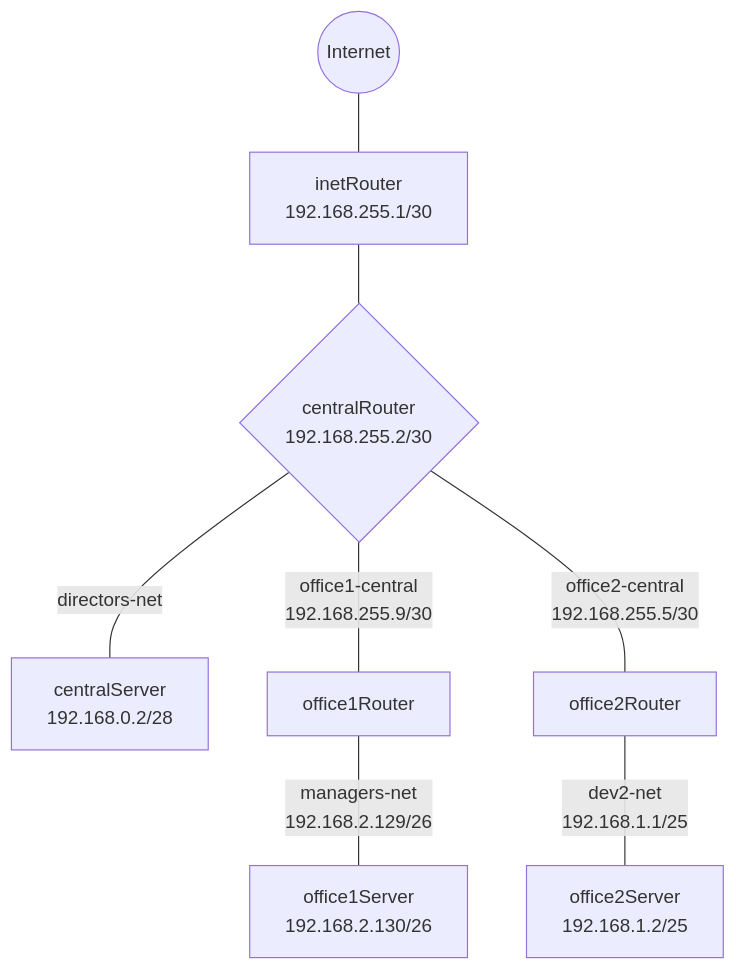
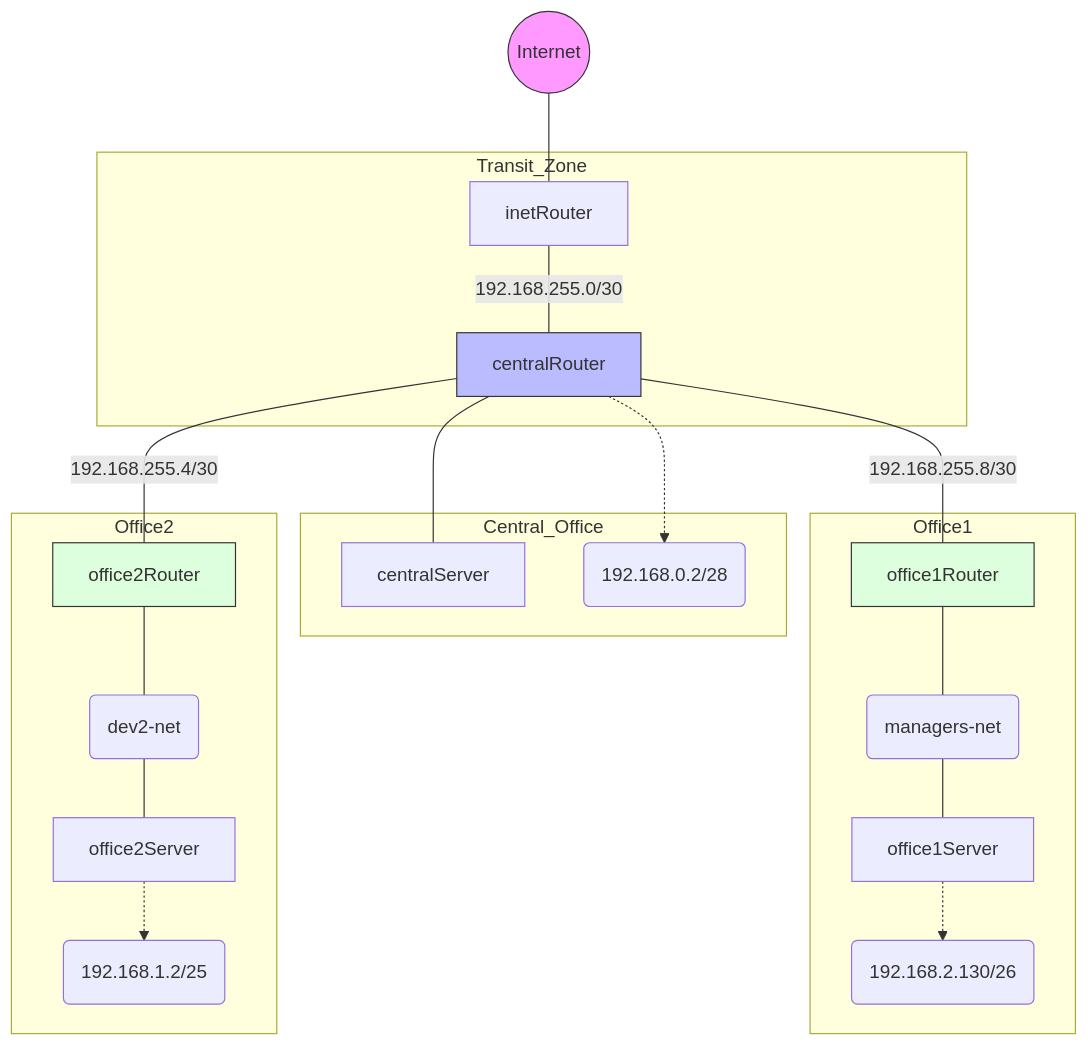
One commit to mrAlexbody/otus_linux-pro-2025-08 changed the second of 2 diagrams in 19_Network/README.md. Above: the diagram before and after it, drawn with Mermaid. The commit also changed other lines of this file, not shown here.

````diff
--- a/19_Network/README.md
+++ b/19_Network/README.md
@@ -77,20 +101,35 @@
 ```mermaid
 graph TD
-    Internet((Internet)) --- inetRouter
+    Internet((Internet)) --- inetRouter[inetRouter]
+    
+    subgraph Transit_Zone
+        inetRouter -- "192.168.255.0/30" --- centralRouter[centralRouter]
+    end
 
-    inetRouter[inetRouter <br/> 192.168.255.1/30]
-    inetRouter --- centralRouter
+    subgraph Central_Office
+        centralRouter --- centralServer[centralServer]
+        centralRouter -.-> C_Info("192.168.0.2/28")
+    end
 
-    centralRouter{centralRouter <br/> 192.168.255.2/30}
-    
-    %% Подключение центрального сервера
-    centralRouter --- |directors-net| centralServer[centralServer <br/> 192.168.0.2/28]
+    centralRouter -- "192.168.255.8/30" --- office1Router[office1Router]
+    centralRouter -- "192.168.255.4/30" --- office2Router[office2Router]
 
-    %% Ветки офисов
-    centralRouter --- |office1-central <br/> 192.168.255.9/30| office1Router[office1Router]
-    centralRouter --- |office2-central <br/> 192.168.255.5/30| office2Router[office2Router]
+    subgraph Office1
+        office1Router --- managersNet(managers-net)
+        managersNet --- office1Server[office1Server]
+        office1Server -.-> O1_IP("192.168.2.130/26")
+    end
 
-    %% Подсети офисов
-    office1Router --- |managers-net <br/> 192.168.2.129/26| office1Server[office1Server <br/> 192.168.2.130/26]
-    office2Router --- |dev2-net <br/> 192.168.1.1/25| office2Server[office2Server <br/> 192.168.1.2/25]
+    subgraph Office2
+        office2Router --- dev2Net(dev2-net)
+        dev2Net --- office2Server[office2Server]
+        office2Server -.-> O2_IP("192.168.1.2/25")
+    end
+
+    %% Стилизация
+    style Internet fill:#f9f,stroke:#333
+    style centralRouter fill:#bbf,stroke:#333
+    style office1Router fill:#dfd,stroke:#333
+    style office2Router fill:#dfd,stroke:#333
+
 ```
````
